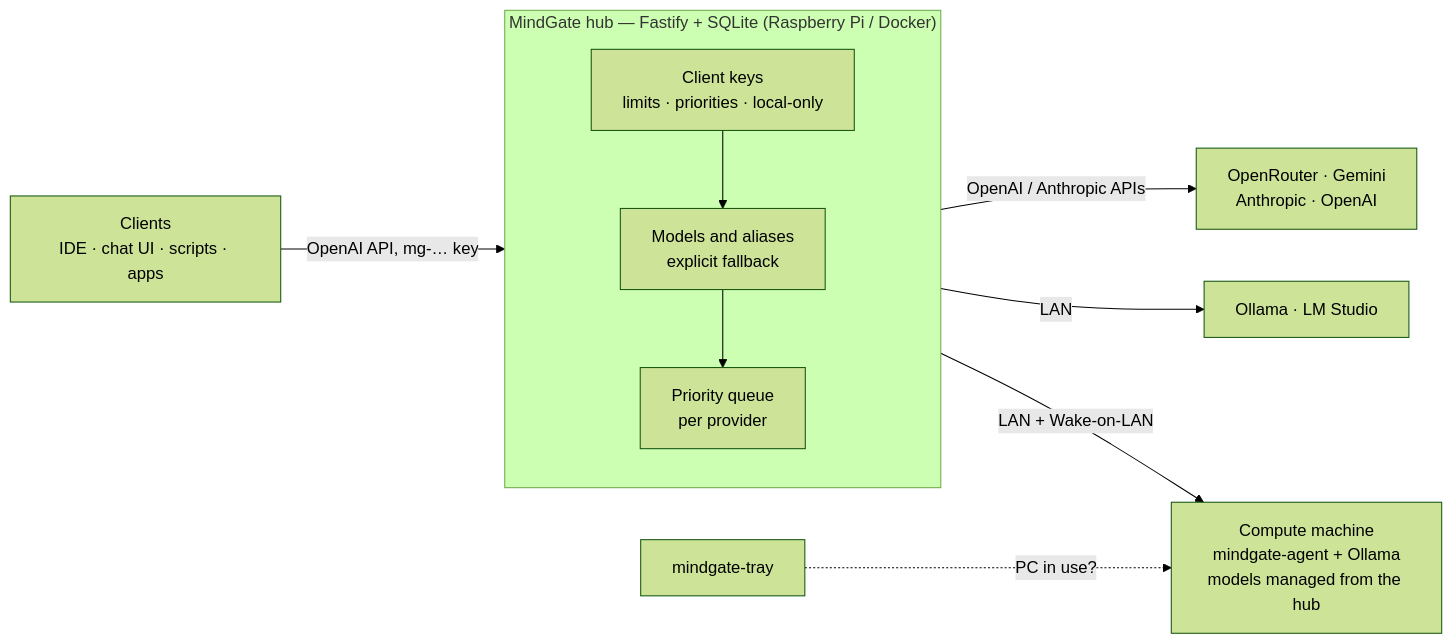
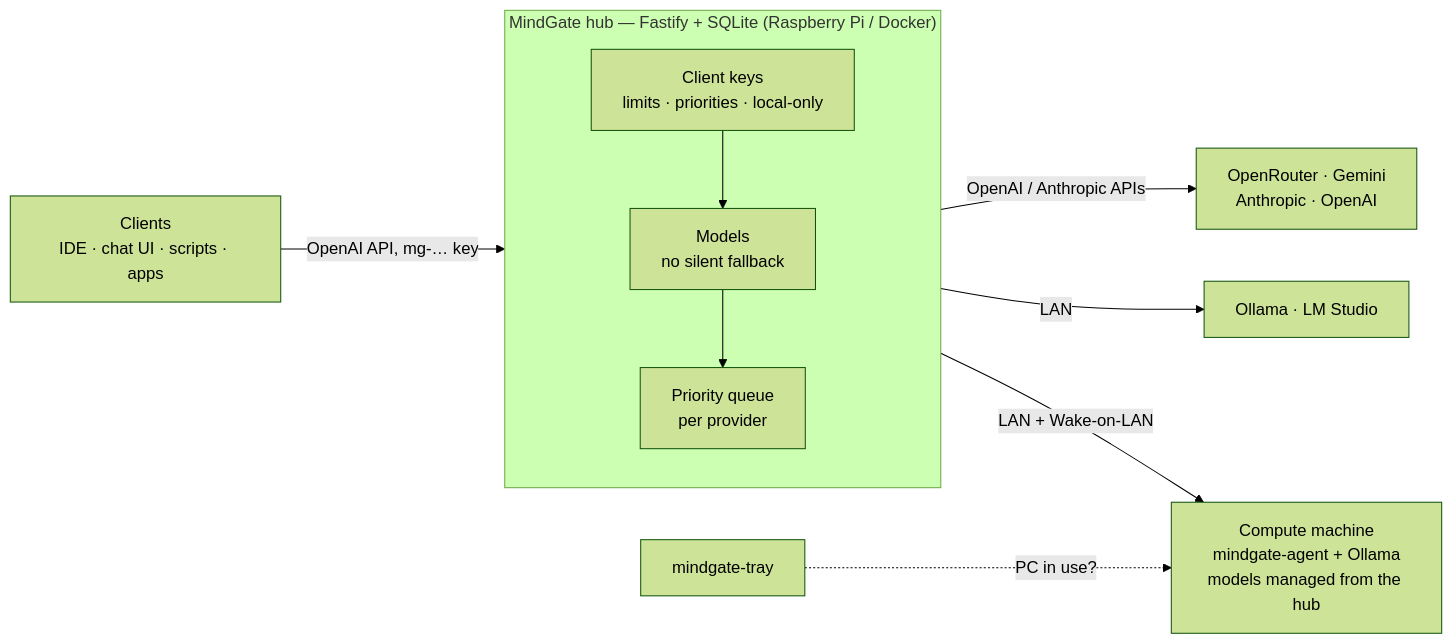
The diagram in README.md (prod-explore/mindgate), drawn with Mermaid (forest theme) before and after one commit. The commit also changed other lines of this file and 45 other files, not shown here.

First line of the commit message:
Remove aliases: the hub routes only provider/model ids; errors carry fallback:true and the app picks another model by tags

````diff
--- a/README.md
+++ b/README.md
@@ -20,15 +20,15 @@
 ```mermaid
 graph LR
     Client["Clients<br>IDE · chat UI · scripts · apps"] -->|"OpenAI API, mg-… key"| Hub
 
     subgraph Hub["MindGate hub — Fastify + SQLite (Raspberry Pi / Docker)"]
         direction TB
-        Auth["Client keys<br>limits · priorities · local-only"] --> Router["Models and aliases<br>explicit fallback"]
+        Auth["Client keys<br>limits · priorities · local-only"] --> Router["Models<br>no silent fallback"]
         Router --> Queue["Priority queue<br>per provider"]
     end
 
     Queue -->|"OpenAI / Anthropic APIs"| Cloud["OpenRouter · Gemini<br>Anthropic · OpenAI"]
     Queue -->|"LAN"| Ollama["Ollama · LM Studio"]
     Queue -->|"LAN + Wake-on-LAN"| Node["Compute machine<br>mindgate-agent + Ollama<br>models managed from the hub"]
     Tray["mindgate-tray"] -.->|"PC in use?"| Node
 ```
````
